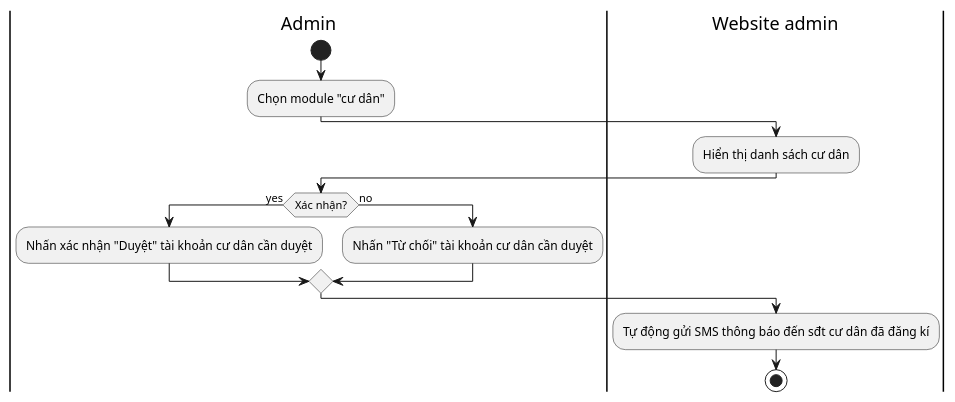
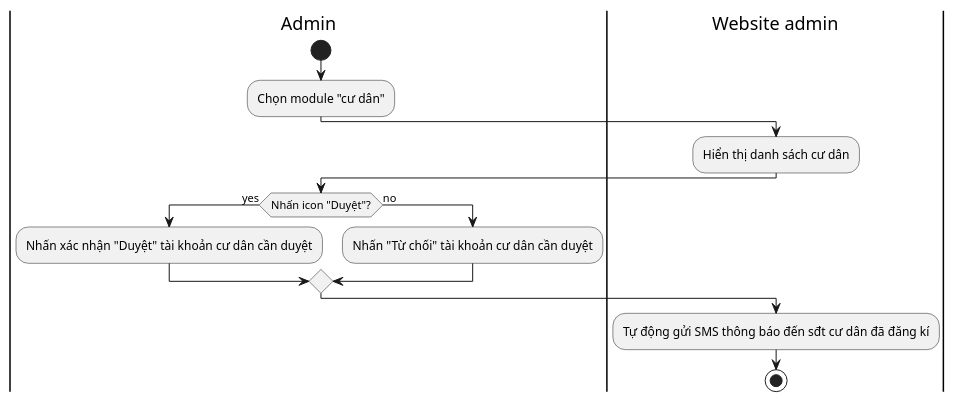
Before and after one commit to QuickyBooster/SE357-Pratice-class: the diagram in Lab1/Lab1.2/Activity Diagram/Quản lý cư dân/Duyệt cư dân.plantuml, drawn with PlantUML. The commit also changed 3 other files, not shown here.

Commit message:
THUYDUONG UPDATE SEQUENCE

```diff
--- a/Lab1/Lab1.2/Activity Diagram/Quản lý cư dân/Duyệt cư dân.plantuml
+++ b/Lab1/Lab1.2/Activity Diagram/Quản lý cư dân/Duyệt cư dân.plantuml
@@ -1,17 +1,17 @@
 @startuml
 
 |Admin|
 start
 :Chọn module "cư dân";
 |Website admin|
 :Hiển thị danh sách cư dân;
 |Admin|
-if (Xác nhận?) then (yes)
+if (Nhấn icon "Duyệt"?) then (yes)
     :Nhấn xác nhận "Duyệt" tài khoản cư dân cần duyệt;
 else (no)
     :Nhấn "Từ chối" tài khoản cư dân cần duyệt;
 endif
 |Website admin|
 :Tự động gửi SMS thông báo đến sđt cư dân đã đăng kí;
 stop
 @enduml
```
